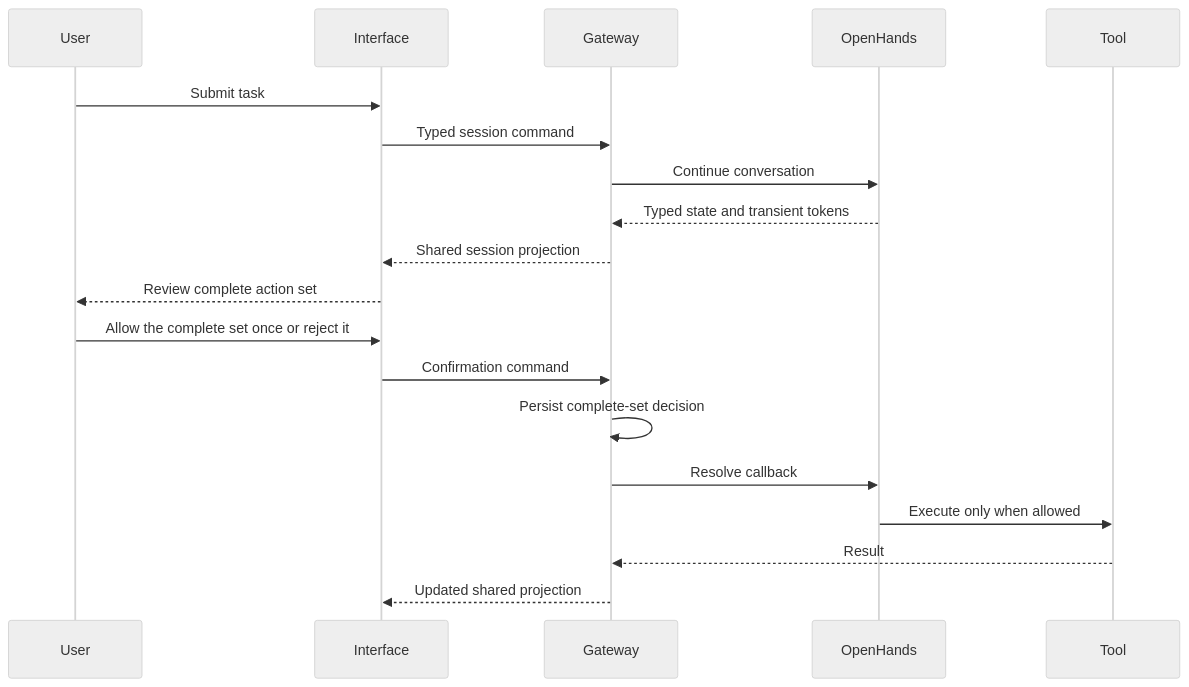
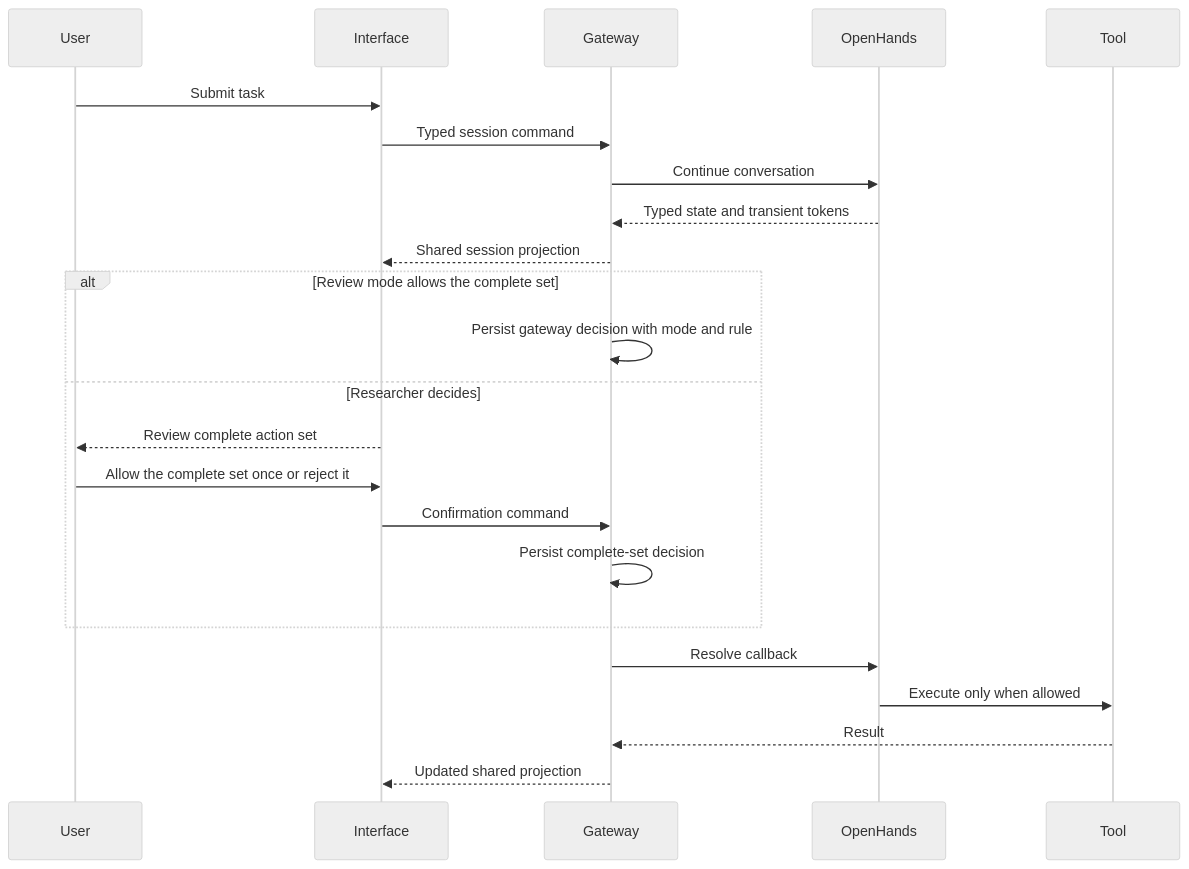
The diagram in documentation/architecture/sessions-audit.md (SchmiedmayerLab/heartwood), drawn with Mermaid (neutral theme) before and after one commit. The commit also changed other lines of this file and 59 other files, not shown here.

````diff
--- a/documentation/architecture/sessions-audit.md
+++ b/documentation/architecture/sessions-audit.md
@@ -14,21 +14,25 @@
 ```mermaid
 sequenceDiagram
     participant User
     participant Interface
     participant Gateway
     participant OpenHands
     participant Tool
     User->>Interface: Submit task
     Interface->>Gateway: Typed session command
     Gateway->>OpenHands: Continue conversation
     OpenHands-->>Gateway: Typed state and transient tokens
     Gateway-->>Interface: Shared session projection
-    Interface-->>User: Review complete action set
-    User->>Interface: Allow the complete set once or reject it
-    Interface->>Gateway: Confirmation command
-    Gateway->>Gateway: Persist complete-set decision
+    alt Review mode allows the complete set
+        Gateway->>Gateway: Persist gateway decision with mode and rule
+    else Researcher decides
+        Interface-->>User: Review complete action set
+        User->>Interface: Allow the complete set once or reject it
+        Interface->>Gateway: Confirmation command
+        Gateway->>Gateway: Persist complete-set decision
+    end
     Gateway->>OpenHands: Resolve callback
     OpenHands->>Tool: Execute only when allowed
     Tool-->>Gateway: Result
     Gateway-->>Interface: Updated shared projection
 ```
````
